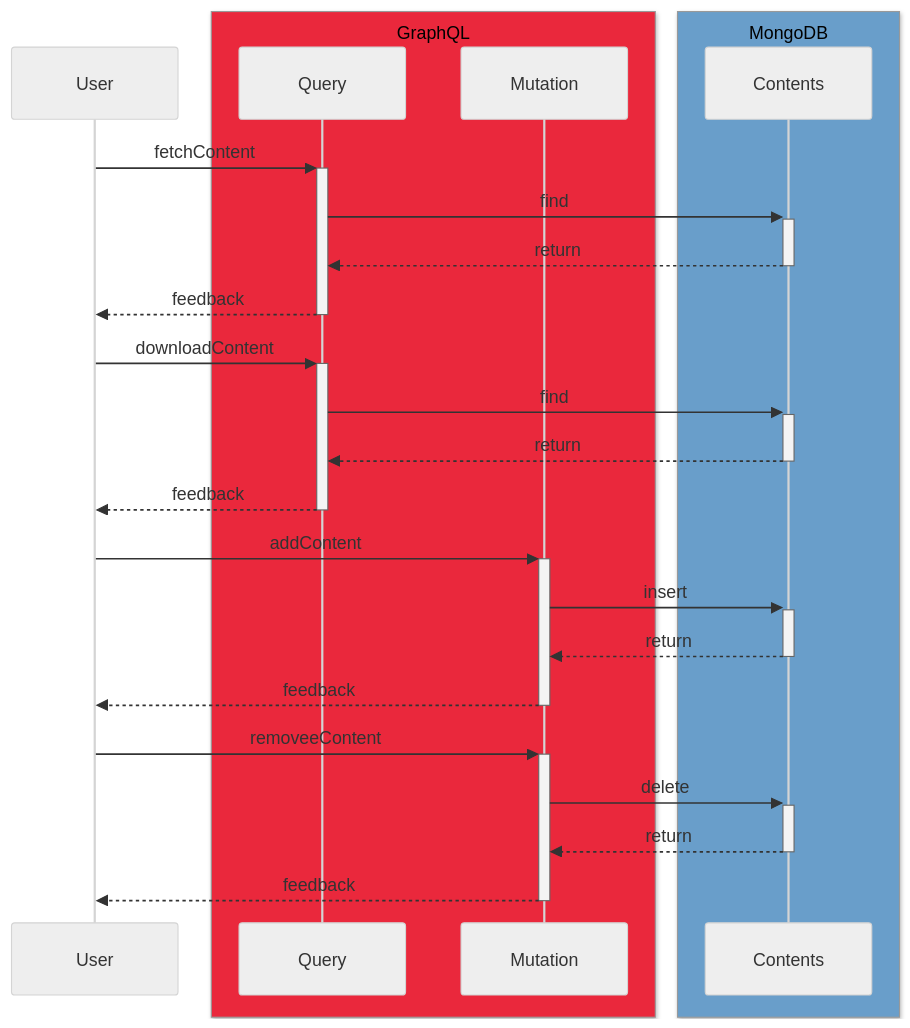
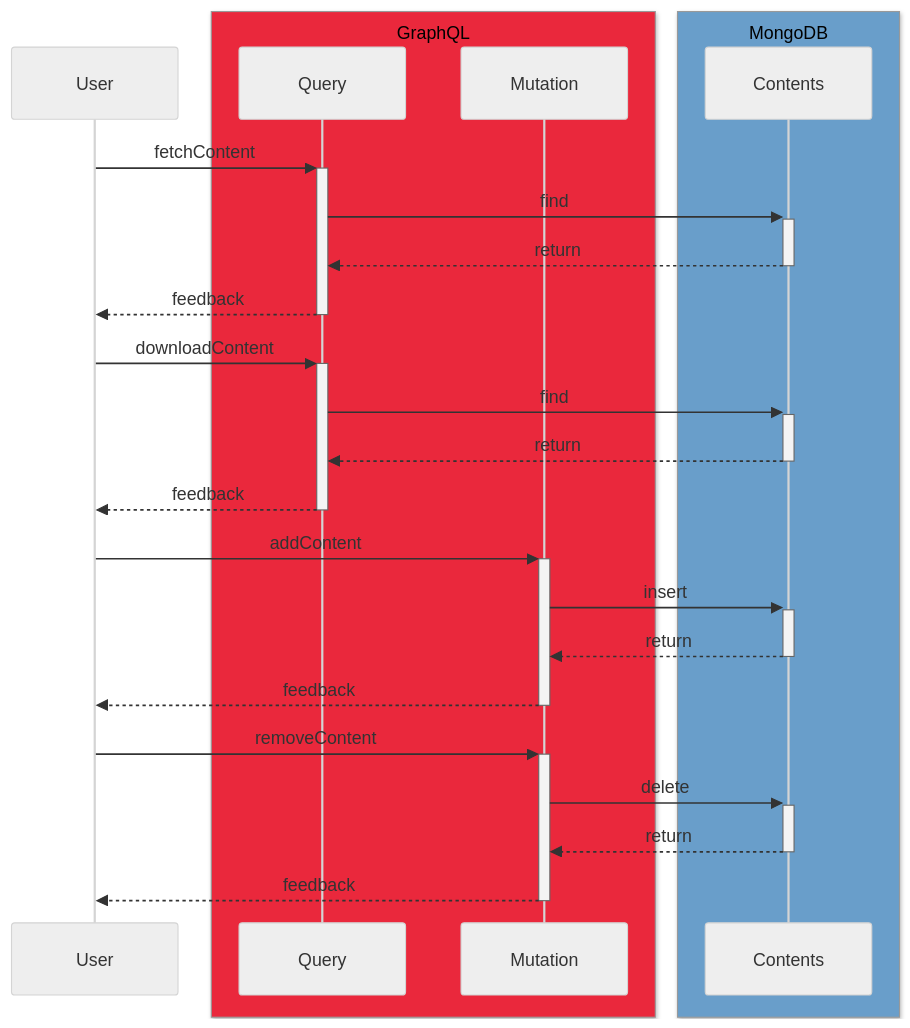
One commit to hazuki3417/memoria-design changed the third of 3 diagrams in pages/micro-services/memoria-record.mdx. Above: the diagram before and after it, drawn with Mermaid (neutral theme). The commit also changed other lines of this file and 3 other files, not shown here.

````diff
--- a/pages/micro-services/memoria-record.mdx
+++ b/pages/micro-services/memoria-record.mdx
@@ -216,34 +208,34 @@
 ```mermaid
 sequenceDiagram
 
 participant user as User
 
 box rgb(234 40 60) GraphQL
 participant query as Query
 participant mutation as Mutation
 end
 
 box rgb(105 158 202) MongoDB
 participant collection-contents as Contents
 end
 
 user->>+query: fetchContent
 query->>+collection-contents: find
 collection-contents-->>-query: return
 query-->>-user: feedback
 
 user->>+query: downloadContent
 query->>+collection-contents: find
 collection-contents-->>-query: return
 query-->>-user: feedback
 
 user->>+mutation: addContent
 mutation->>+collection-contents: insert
 collection-contents-->>-mutation: return
 mutation-->>-user: feedback
 
-user->>+mutation: removeeContent
+user->>+mutation: removeContent
 mutation->>+collection-contents: delete
 collection-contents-->>-mutation: return
 mutation-->>-user: feedback
 ```
````
